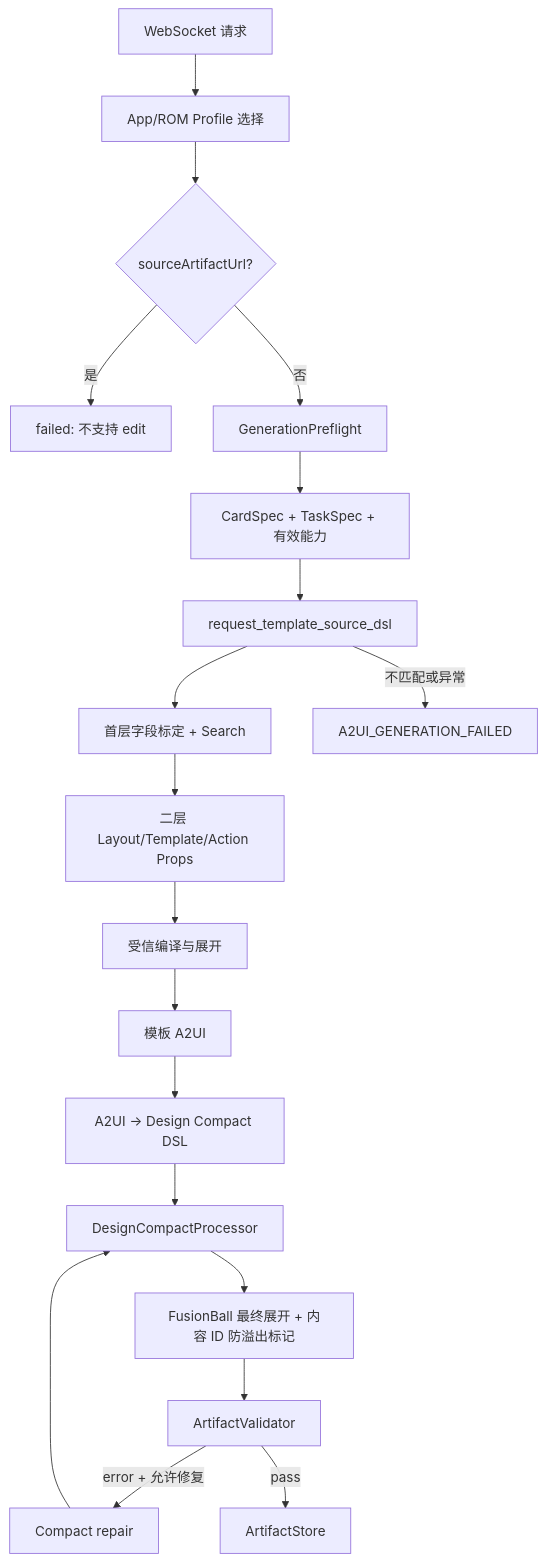
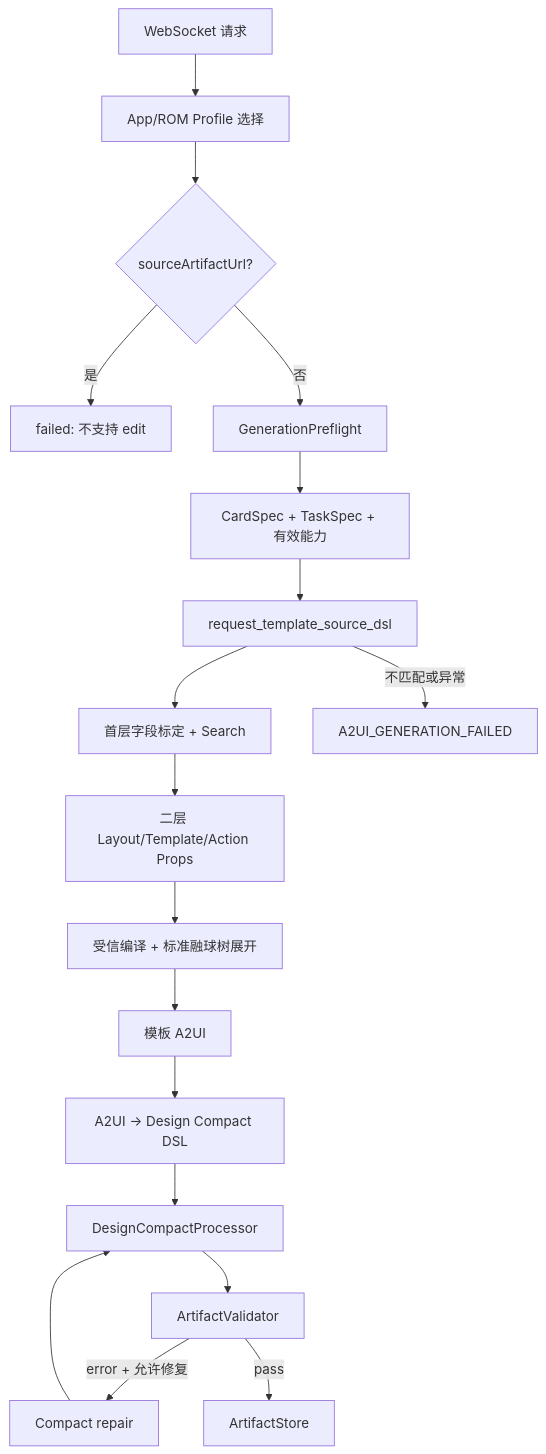
The diagram in widget_service/cloud/services/template_generation/docs/tersel-data-flow.md (InnovationTea/CreateMyCard), drawn with Mermaid before and after one commit. The commit also changed other lines of this file and 16 other files, not shown here.

First line of the commit message:
refactor(template): expand fusion balls before compact

````diff
--- a/widget_service/cloud/services/template_generation/docs/tersel-data-flow.md
+++ b/widget_service/cloud/services/template_generation/docs/tersel-data-flow.md
@@ -46,21 +46,20 @@
 ```mermaid
 flowchart TD
     WS[WebSocket 请求] --> PROFILE[App/ROM Profile 选择]
     PROFILE --> EDIT{sourceArtifactUrl?}
     EDIT -->|是| REJECT[failed: 不支持 edit]
     EDIT -->|否| PREFLIGHT[GenerationPreflight]
     PREFLIGHT --> SPECS[CardSpec + TaskSpec + 有效能力]
     SPECS --> TEMPLATE[request_template_source_dsl]
     TEMPLATE --> FIRST[首层字段标定 + Search]
     FIRST --> SECOND[二层 Layout/Template/Action Props]
-    SECOND --> COMPILE[受信编译与展开]
+    SECOND --> COMPILE[受信编译 + 标准融球树展开]
     COMPILE --> A2UI[模板 A2UI]
     A2UI --> COMPACT[A2UI -> Design Compact DSL]
     COMPACT --> PROCESS[DesignCompactProcessor]
-    PROCESS --> EXPAND[FusionBall 最终展开 + 内容 ID 防溢出标记]
-    EXPAND --> VALIDATE[ArtifactValidator]
+    PROCESS --> VALIDATE[ArtifactValidator]
     VALIDATE -->|error + 允许修复| REPAIR[Compact repair]
     REPAIR --> PROCESS
     VALIDATE -->|pass| SAVE[ArtifactStore]
     TEMPLATE -->|不匹配或异常| FAIL[A2UI_GENERATION_FAILED]
 ```
````
